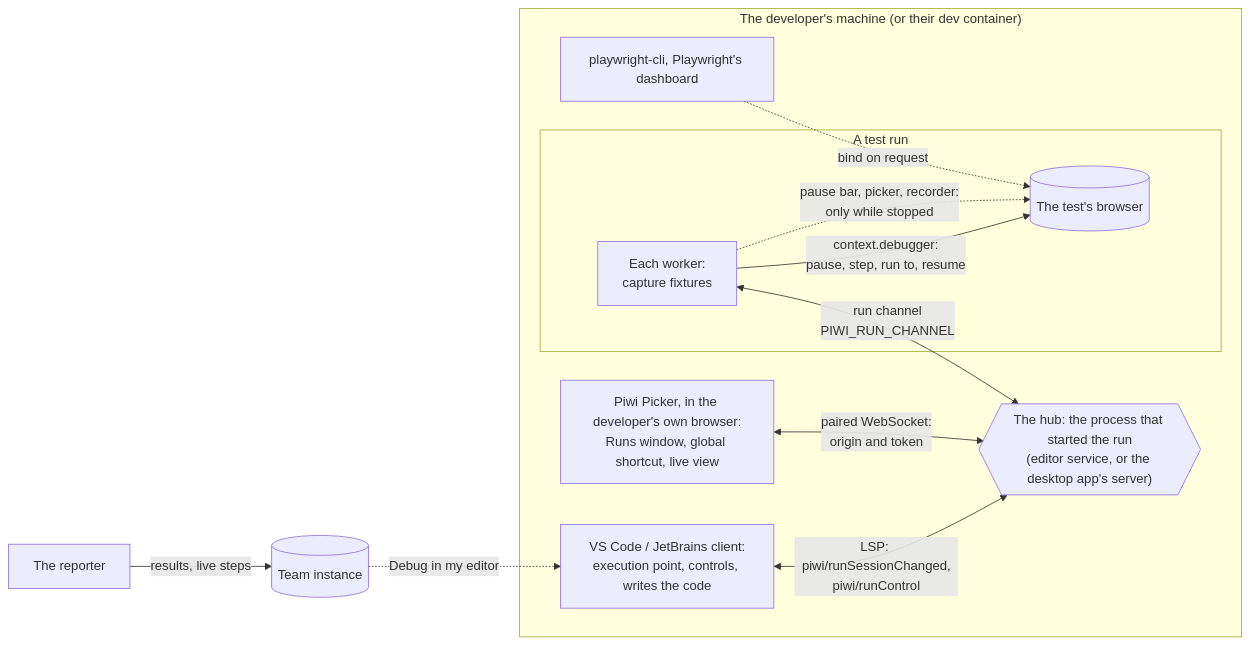
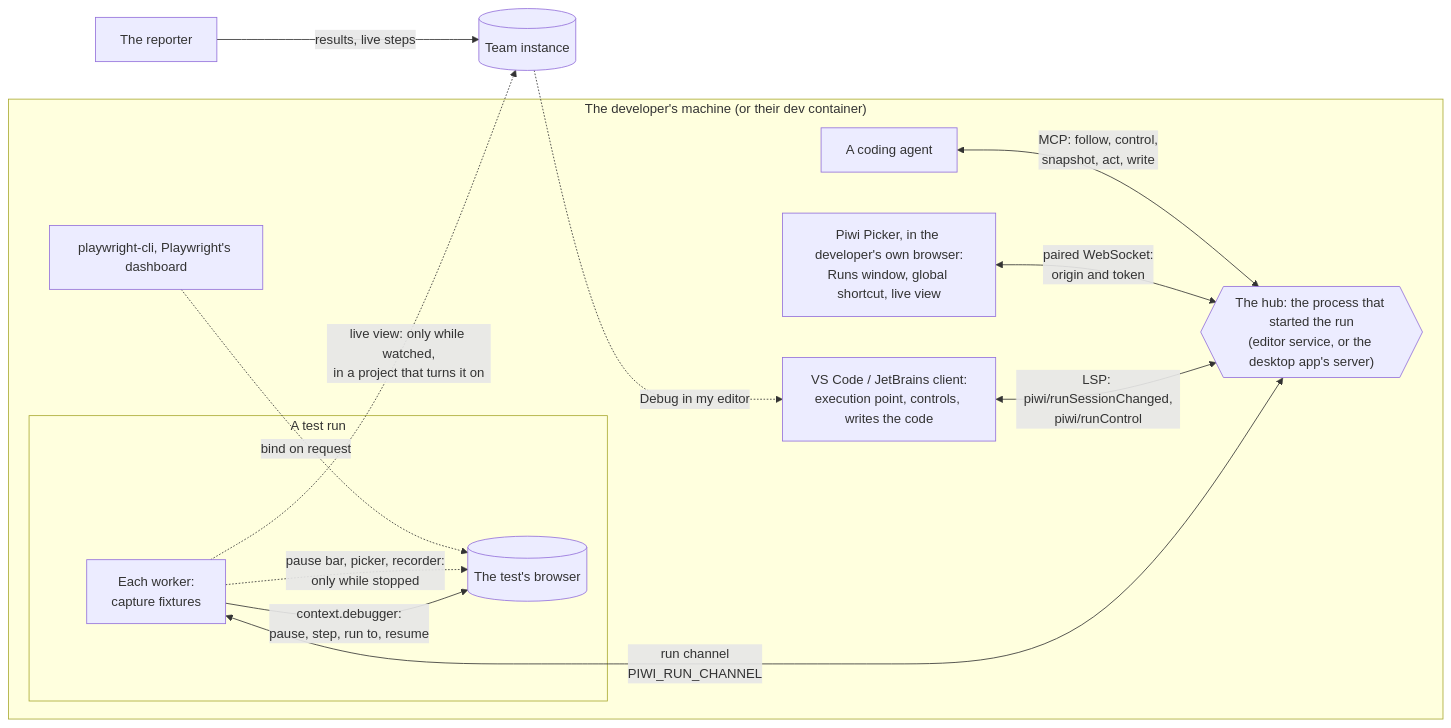
The diagram in proposals/run-control.md (PiwiTests/piwi), drawn with Mermaid before and after one commit. The commit also changed other lines of this file and 1 other file, not shown here.

First line of the commit message:
docs(extension): extend run control to the dashboard and to agents

````diff
--- a/proposals/run-control.md
+++ b/proposals/run-control.md
@@ -57,16 +62,18 @@
 ```mermaid
 flowchart LR
   subgraph machine["The developer's machine (or their dev container)"]
     subgraph run["A test run"]
       W["Each worker:<br/>capture fixtures"] -->|"context.debugger:<br/>pause, step, run to, resume"| B[("The test's browser")]
       W -.->|"pause bar, picker, recorder:<br/>only while stopped"| B
     end
     H{{"The hub: the process that started the run<br/>(editor service, or the desktop app's server)"}}
     W <-->|"run channel<br/>PIWI_RUN_CHANNEL"| H
     IDE["VS Code / JetBrains client:<br/>execution point, controls, writes the code"] <-->|"LSP: piwi/runSessionChanged,<br/>piwi/runControl"| H
     PP["Piwi Picker, in the developer's own browser:<br/>Runs window, global shortcut, live view"] <-->|"paired WebSocket:<br/>origin and token"| H
+    AG["A coding agent"] <-->|"MCP: follow, control,<br/>snapshot, act, write"| H
     PW["playwright-cli, Playwright's dashboard"] -.->|"bind on request"| B
   end
   R["The reporter"] -->|"results, live steps"| I[("Team instance")]
+  W -.->|"live view: only while watched,<br/>in a project that turns it on"| I
   I -.->|"Debug in my editor"| IDE
 ```
````
